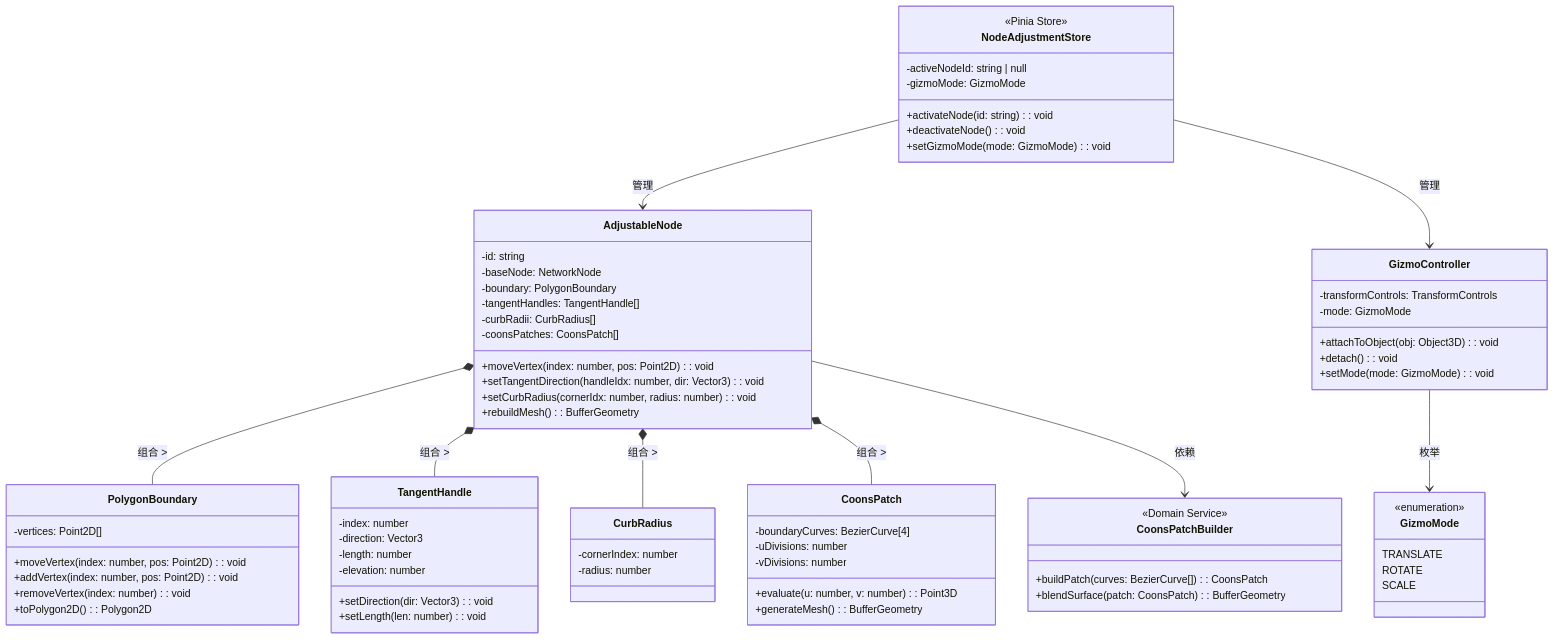
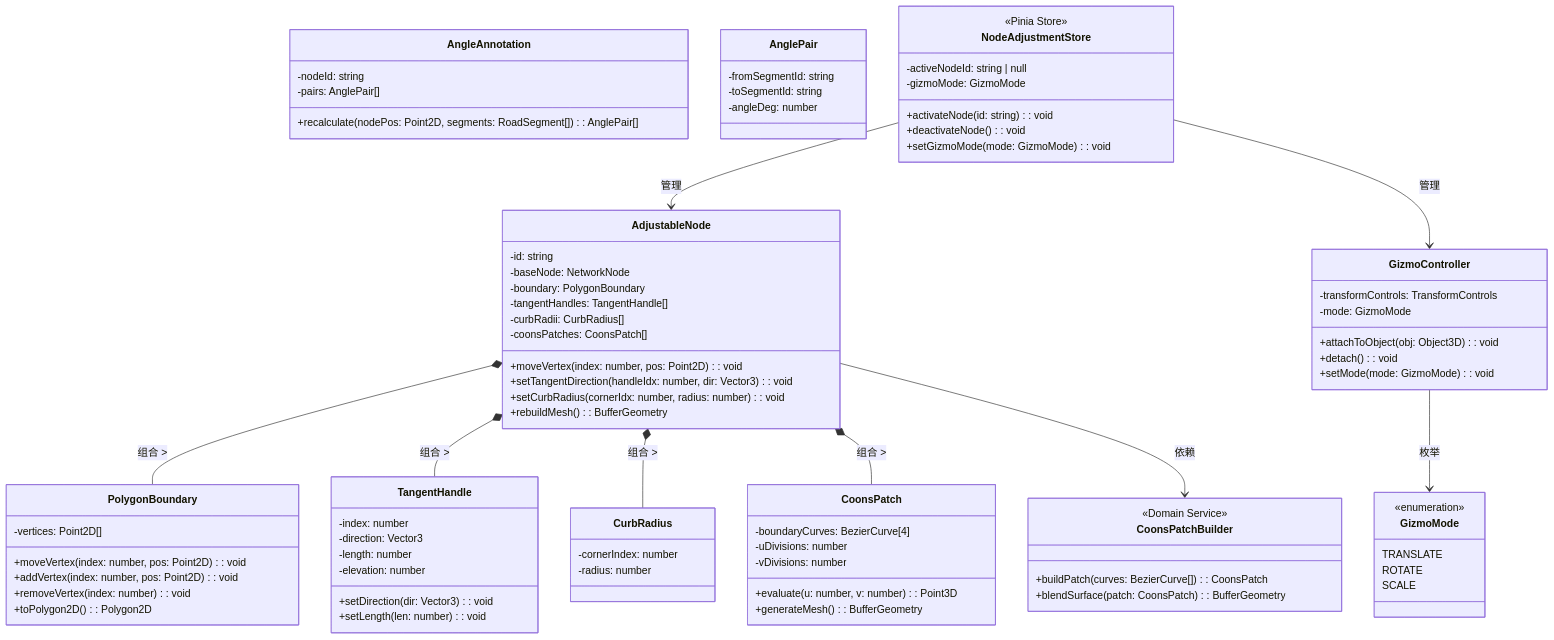
Before and after one commit to Rozing-MH/UrbanMicro-CAD_frontend: the fifth of 21 diagrams in docs/开发设计文档/系统详细设计说明书.md, drawn with Mermaid. The commit also changed other lines of this file and 21 other files, not shown here.

```diff
--- a/docs/开发设计文档/系统详细设计说明书.md
+++ b/docs/开发设计文档/系统详细设计说明书.md
@@ -687,6 +688,18 @@
     class CurbRadius {
         -cornerIndex: number
         -radius: number
+    }
+
+    class AngleAnnotation {
+        -nodeId: string
+        -pairs: AnglePair[]
+        +recalculate(nodePos: Point2D, segments: RoadSegment[]): AnglePair[]
+    }
+
+    class AnglePair {
+        -fromSegmentId: string
+        -toSegmentId: string
+        -angleDeg: number
     }
 
     class CoonsPatch {
```
